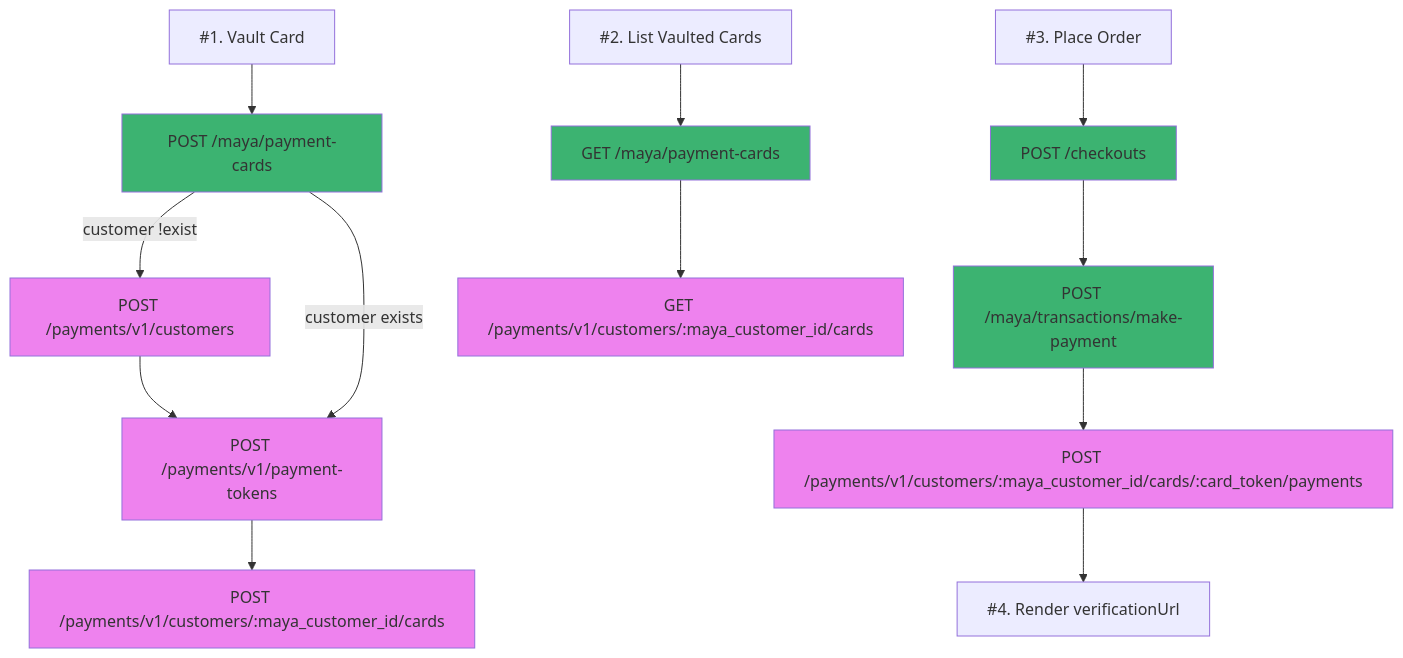
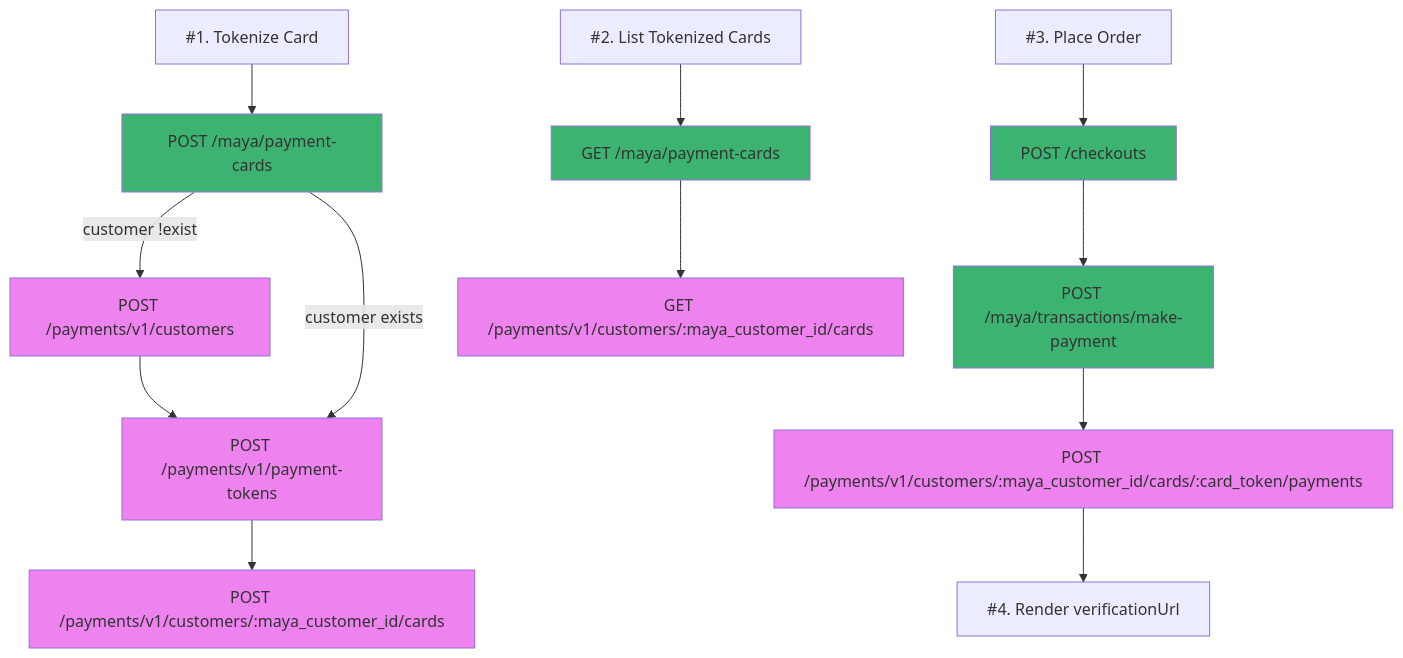
The diagram in propose-maya-payment-card-flow.md (israelcoper/mermaid-diagram), drawn with Mermaid before and after one commit.

````diff
--- a/propose-maya-payment-card-flow.md
+++ b/propose-maya-payment-card-flow.md
@@ -2,27 +2,27 @@
 ```mermaid
 ---
 title:
 ---
 flowchart TB;
     style B fill:#3cb371
     style F1 fill:#ee82ee
     style F2 fill:#ee82ee
     style F3 fill:#ee82ee
     style Y fill:#3cb371
     style Z fill:#ee82ee
     style E fill:#3cb371
     style G fill:#3cb371
     style H fill:#ee82ee
-    A["#1. Vault Card"]-->B[POST /maya/payment-cards];
+    A["#1. Tokenize Card"]-->B[POST /maya/payment-cards];
     B-- customer !exist -->F1[POST /payments/v1/customers];
     B-- customer exists -->F2[POST /payments/v1/payment-tokens];
     F1-->F2;
     F2-->F3[POST /payments/v1/customers/:maya_customer_id/cards];
-    X["#2. List Vaulted Cards"]-->Y[GET /maya/payment-cards];
+    X["#2. List Tokenized Cards"]-->Y[GET /maya/payment-cards];
     Y-->Z[GET /payments/v1/customers/:maya_customer_id/cards];
     C["#3. Place Order"];
     C-->E[POST /checkouts];
     E-->G[POST /maya/transactions/make-payment];
     G-->H[POST /payments/v1/customers/:maya_customer_id/cards/:card_token/payments];
     H-->I["#4. Render verificationUrl"];
 ```
````
